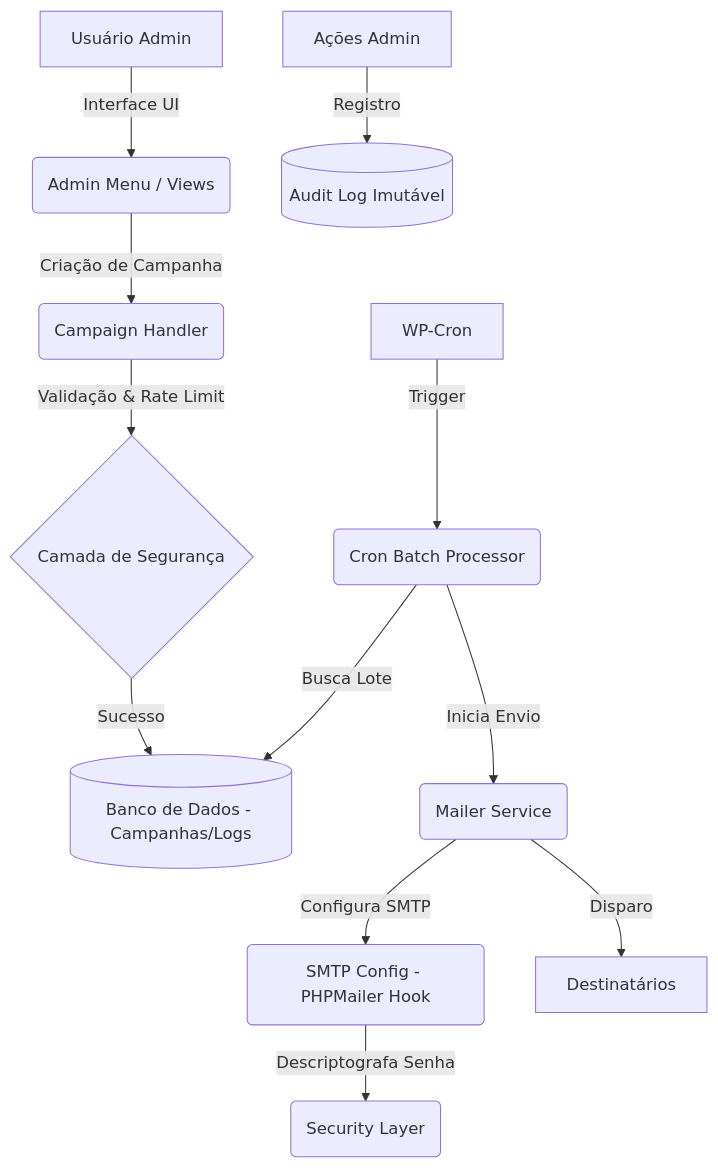
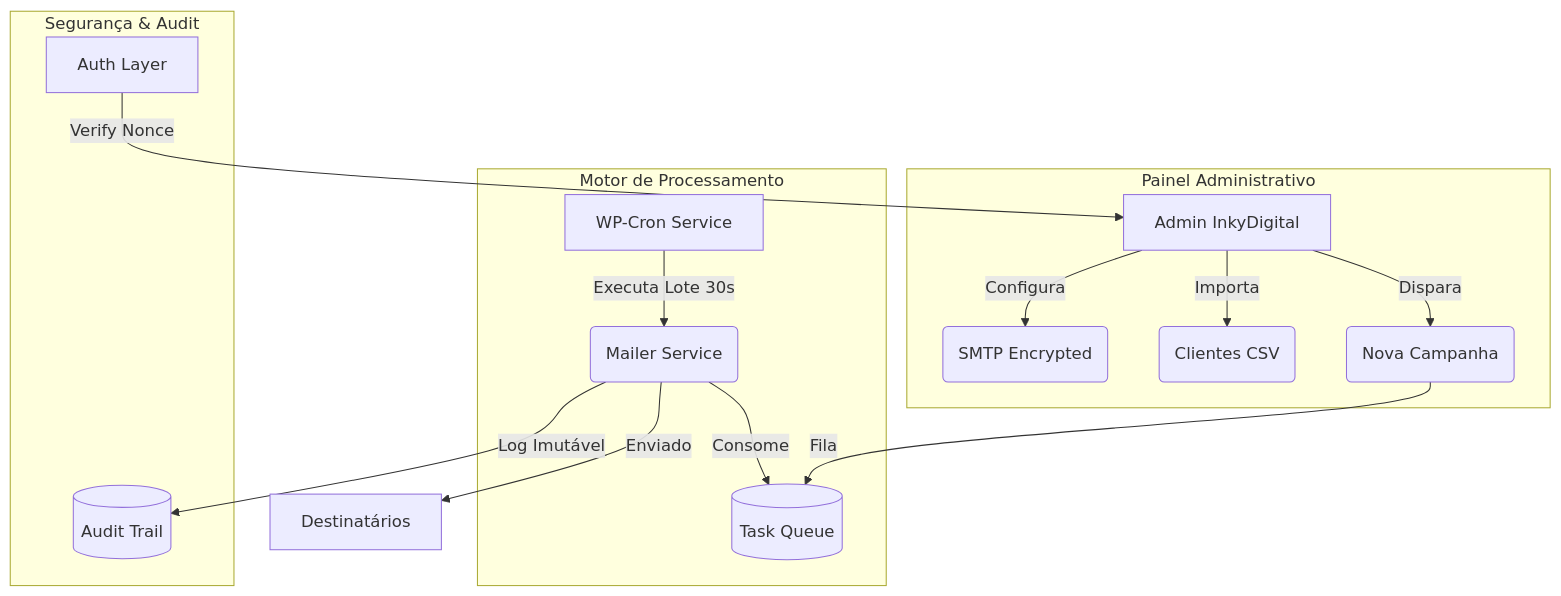
One commit to LeoRodrigues290/plugin-email-marketing changed the diagram in README.md. Above: the diagram before and after it, drawn with Mermaid. The commit also changed other lines of this file and 4 other files, not shown here.

````diff
--- a/README.md
+++ b/README.md
@@ -16,16 +22,21 @@
 ```mermaid
 graph TD
-    A[Usuário Admin] -->|Interface UI| B(Admin Menu / Views)
-    B -->|Criação de Campanha| C(Campaign Handler)
-    C -->|Validação & Rate Limit| D{Camada de Segurança}
-    D -->|Sucesso| E[(Banco de Dados - Campanhas/Logs)]
-    
-    F[WP-Cron] -->|Trigger| G(Cron Batch Processor)
-    G -->|Busca Lote| E
-    G -->|Inicia Envio| H(Mailer Service)
-    H -->|Configura SMTP| I(SMTP Config - PHPMailer Hook)
-    I -->|Descriptografa Senha| J(Security Layer)
-    H -->|Disparo| K[Destinatários]
-    
-    L[Ações Admin] -->|Registro| M[(Audit Log Imutável)]
+    subgraph "Painel Administrativo"
+        A[Admin InkyDigital] -->|Configura| B(SMTP Encrypted)
+        A -->|Importa| C(Clientes CSV)
+        A -->|Dispara| D(Nova Campanha)
+    end
+
+    subgraph "Motor de Processamento"
+        D -->|Fila| E[(Task Queue)]
+        F[WP-Cron Service] -->|Executa Lote 30s| G(Mailer Service)
+        G -->|Consome| E
+    end
+
+    subgraph "Segurança & Audit"
+        G -->|Log Imutável| H[(Audit Trail)]
+        I[Auth Layer] -->|Verify Nonce| A
+    end
+
+    G -->|Enviado| J[Destinatários]
 ```
````
